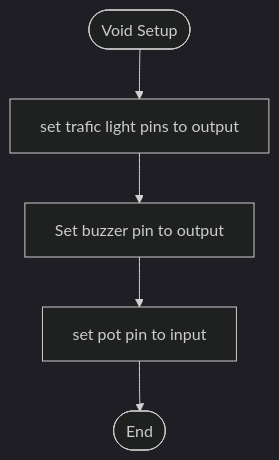
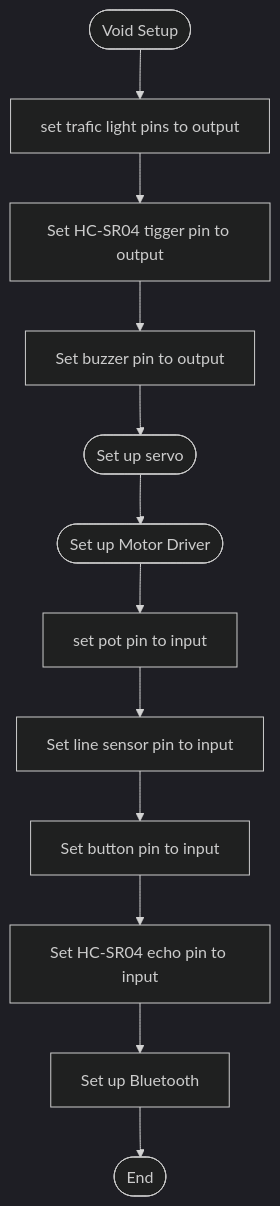
Before and after one commit to TheDjgamerProductions/Robotics2022: the first of 2 diagrams in Assessments/Assessment_2_Smart_Device_House/Logic.md, drawn with Mermaid (dark theme). The commit also changed other lines of this file and 1 other file, not shown here.

Commit message:
Updated Logic Chart

````diff
--- a/Assessments/Assessment_2_Smart_Device_House/Logic.md
+++ b/Assessments/Assessment_2_Smart_Device_House/Logic.md
@@ -1,9 +1,16 @@
 ```mermaid
   flowchart TD
     terminalStart([Void Setup])
     step1[set trafic light pins to output]
-    step2[Set buzzer pin to output]
-    step3[set pot pin to input]
+    step2[Set HC-SR04 tigger pin to output]
+    step3[Set buzzer pin to output]
+    step4([Set up servo])
+    step5([Set up Motor Driver])
+    step6[set pot pin to input]
+    step7[Set line sensor pin to input]
+    step8[Set button pin to input]
+    step9[Set HC-SR04 echo pin to input]
+    step10[Set up Bluetooth]
     terminalEnd([End])
-    terminalStart --> step1 --> step2 --> step3 --> terminalEnd
+    terminalStart --> step1 --> step2 --> step3 --> step4 --> step5 --> step6 --> step7 --> step8 --> step9 --> step10 --> terminalEnd
 ```
````
